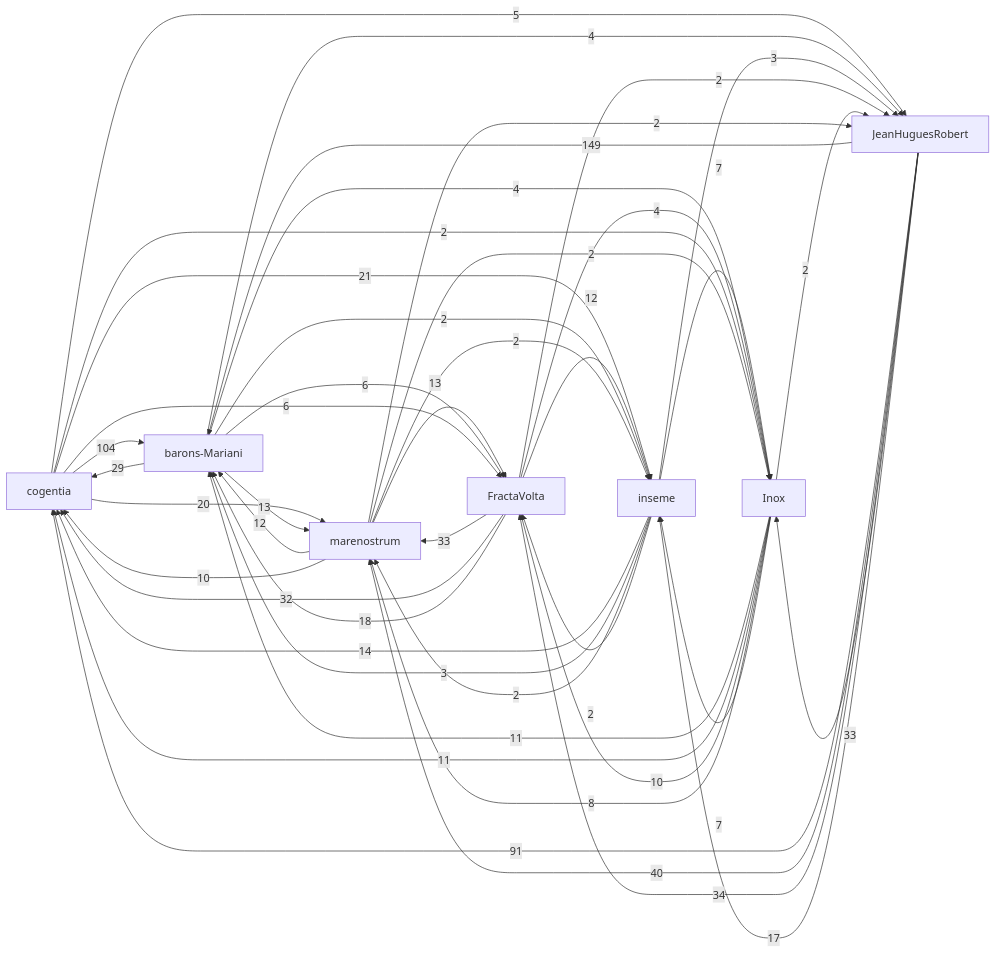
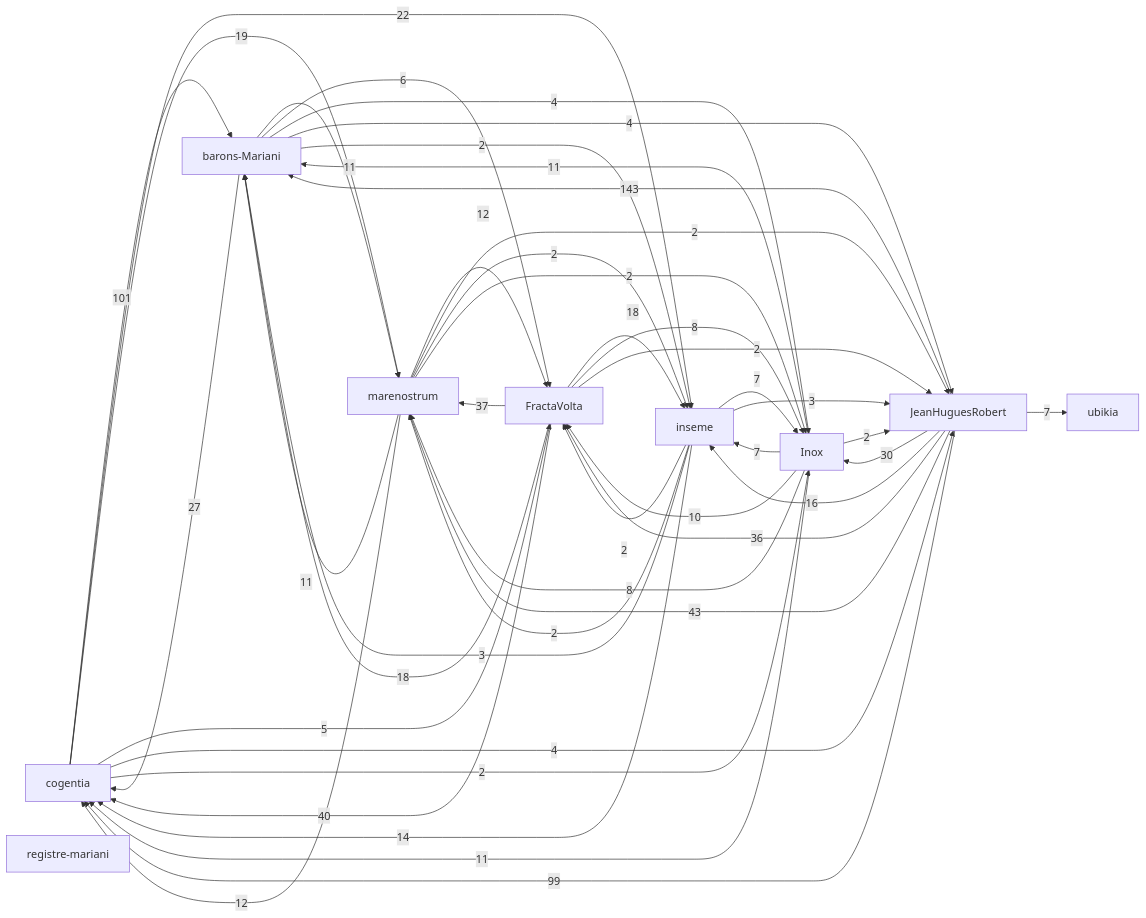
The first of 2 diagrams in research/corpus-status.md (JeanHuguesRobert/FractaVolta), drawn with Mermaid before and after one commit. The commit also changed other lines of this file, not shown here.

````diff
--- a/research/corpus-status.md
+++ b/research/corpus-status.md
@@ -46,52 +48,55 @@
 ```mermaid
 graph LR
   r_cogentia["cogentia"]
   r_fractavolta["FractaVolta"]
   r_marenostrum["marenostrum"]
   r_barons_mariani["barons-Mariani"]
   r_inseme["inseme"]
   r_inox["Inox"]
+  r_registre_mariani["registre-mariani"]
+  r_ubikia["ubikia"]
   r_jeanhuguesrobert["JeanHuguesRobert"]
-  r_jeanhuguesrobert -->|149| r_barons_mariani
-  r_cogentia -->|104| r_barons_mariani
-  r_jeanhuguesrobert -->|91| r_cogentia
-  r_jeanhuguesrobert -->|40| r_marenostrum
-  r_jeanhuguesrobert -->|34| r_fractavolta
-  r_fractavolta -->|33| r_marenostrum
-  r_jeanhuguesrobert -->|33| r_inox
-  r_fractavolta -->|32| r_cogentia
-  r_barons_mariani -->|29| r_cogentia
-  r_cogentia -->|21| r_inseme
-  r_cogentia -->|20| r_marenostrum
+  r_jeanhuguesrobert -->|143| r_barons_mariani
+  r_cogentia -->|101| r_barons_mariani
+  r_jeanhuguesrobert -->|99| r_cogentia
+  r_jeanhuguesrobert -->|43| r_marenostrum
+  r_fractavolta -->|40| r_cogentia
+  r_fractavolta -->|37| r_marenostrum
+  r_jeanhuguesrobert -->|36| r_fractavolta
+  r_jeanhuguesrobert -->|30| r_inox
+  r_barons_mariani -->|27| r_cogentia
+  r_cogentia -->|22| r_inseme
+  r_cogentia -->|19| r_marenostrum
+  r_fractavolta -->|18| r_inseme
   r_fractavolta -->|18| r_barons_mariani
-  r_jeanhuguesrobert -->|17| r_inseme
+  r_jeanhuguesrobert -->|16| r_inseme
   r_inseme -->|14| r_cogentia
-  r_barons_mariani -->|13| r_marenostrum
-  r_marenostrum -->|13| r_fractavolta
-  r_fractavolta -->|12| r_inseme
-  r_marenostrum -->|12| r_barons_mariani
+  r_marenostrum -->|12| r_fractavolta
+  r_marenostrum -->|12| r_cogentia
+  r_barons_mariani -->|11| r_marenostrum
   r_inox -->|11| r_barons_mariani
   r_inox -->|11| r_cogentia
+  r_marenostrum -->|11| r_barons_mariani
   r_inox -->|10| r_fractavolta
-  r_marenostrum -->|10| r_cogentia
+  r_fractavolta -->|8| r_inox
   r_inox -->|8| r_marenostrum
   r_inox -->|7| r_inseme
   r_inseme -->|7| r_inox
+  r_jeanhuguesrobert -->|7| r_ubikia
   r_barons_mariani -->|6| r_fractavolta
-  r_cogentia -->|6| r_fractavolta
-  r_cogentia -->|5| r_jeanhuguesrobert
+  r_cogentia -->|5| r_fractavolta
   r_barons_mariani -->|4| r_inox
   r_barons_mariani -->|4| r_jeanhuguesrobert
-  r_fractavolta -->|4| r_inox
+  r_cogentia -->|4| r_jeanhuguesrobert
   r_inseme -->|3| r_barons_mariani
   r_inseme -->|3| r_jeanhuguesrobert
   r_barons_mariani -->|2| r_inseme
   r_cogentia -->|2| r_inox
   r_fractavolta -->|2| r_jeanhuguesrobert
   r_inox -->|2| r_jeanhuguesrobert
   r_inseme -->|2| r_marenostrum
   r_inseme -->|2| r_fractavolta
   r_marenostrum -->|2| r_jeanhuguesrobert
   r_marenostrum -->|2| r_inseme
   r_marenostrum -->|2| r_inox
 ```
````
